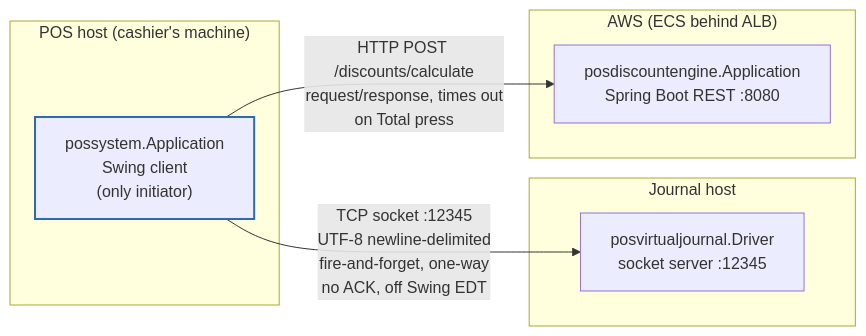
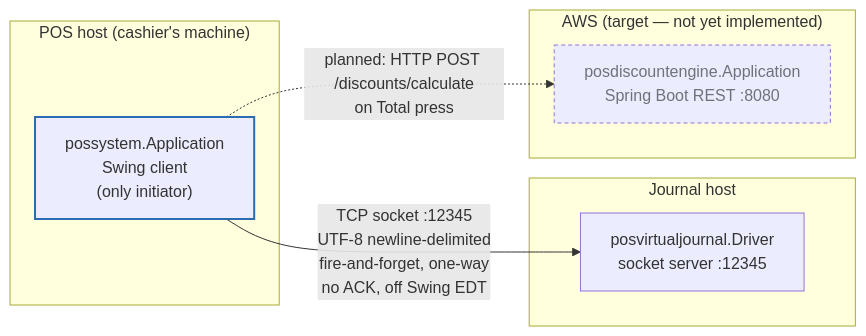
The first of 4 diagrams in docs/Phase 1/architecture.md (rhuel-laurente-rp/rocketpartners-pos), drawn with Mermaid before and after one commit. The commit also changed other lines of this file and 47 other files, not shown here.

````diff
--- a/docs/Phase 1/architecture.md
+++ b/docs/Phase 1/architecture.md
@@ -7,20 +7,22 @@
 ```mermaid
 flowchart LR
     subgraph POSHost["POS host (cashier's machine)"]
         POS["possystem.Application<br/>Swing client<br/>(only initiator)"]
     end
 
     subgraph JournalHost["Journal host"]
         JOURNAL["posvirtualjournal.Driver<br/>socket server :12345"]
     end
 
-    subgraph CloudHost["AWS (ECS behind ALB)"]
+    subgraph CloudHost["AWS (target — not yet implemented)"]
         ENGINE["posdiscountengine.Application<br/>Spring Boot REST :8080"]
     end
 
     POS -- "TCP socket :12345<br/>UTF-8 newline-delimited<br/>fire-and-forget, one-way<br/>no ACK, off Swing EDT" --> JOURNAL
-    POS -- "HTTP POST /discounts/calculate<br/>request/response, times out<br/>on Total press" --> ENGINE
+    POS -. "planned: HTTP POST /discounts/calculate<br/>on Total press" .-> ENGINE
 
     classDef initiator stroke-width:2px,stroke:#2b6cb0
     class POS initiator
+    classDef planned stroke-dasharray: 4 3,color:#6E7379
+    class ENGINE planned
 ```
````
